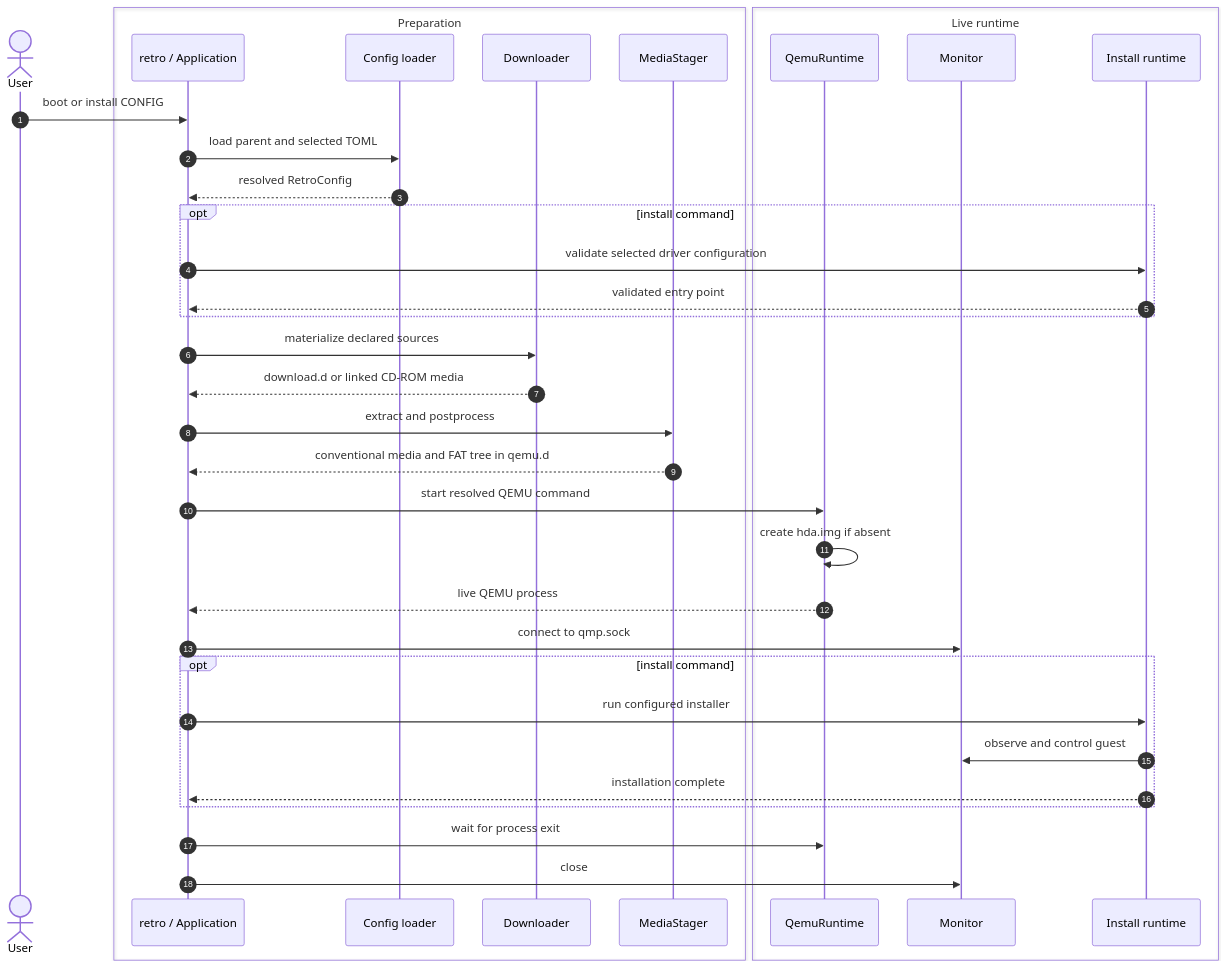
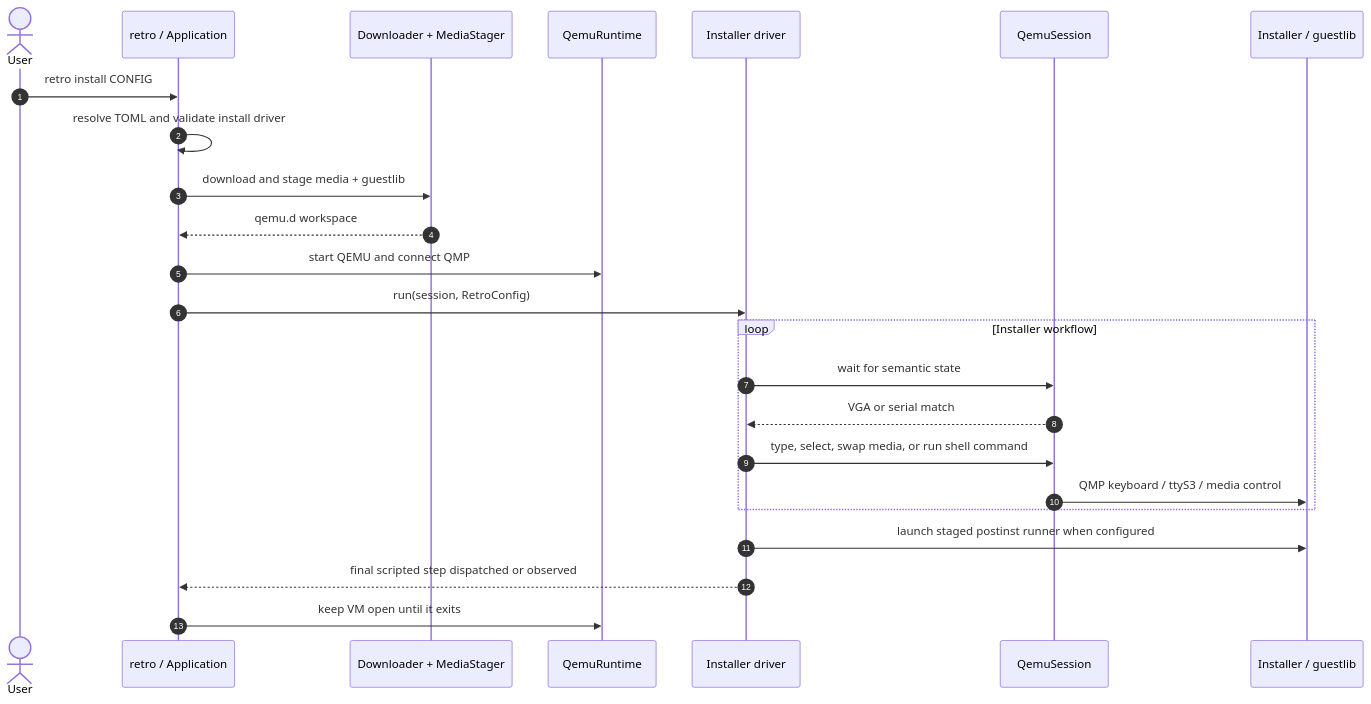
The second of 7 diagrams in ARCHITECTURE.md (jblang/retrodist), drawn with Mermaid before and after one commit. The commit also changed other lines of this file and 10 other files, not shown here.

First line of the commit message:
refactor: clarify installer architecture and host helpers

````diff
--- a/ARCHITECTURE.md
+++ b/ARCHITECTURE.md
@@ -159,40 +50,27 @@
 ```mermaid
-%%{init: {"sequence": {"diagramMarginX": 24, "actorMargin": 40, "messageMargin": 28}}}%%
 sequenceDiagram
     autonumber
     actor User
-    box Preparation
-        participant CLI as retro / Application
-        participant Config as Config loader
-        participant Download as Downloader
-        participant Stage as MediaStager
+    participant App as retro / Application
+    participant Stage as Downloader + MediaStager
+    participant VM as QemuRuntime
+    participant Driver as Installer driver
+    participant Session as QemuSession
+    participant Guest as Installer / guestlib
+
+    User->>App: retro install CONFIG
+    App->>App: resolve TOML and validate install driver
+    App->>Stage: download and stage media + guestlib
+    Stage-->>App: qemu.d workspace
+    App->>VM: start QEMU and connect QMP
+    App->>Driver: run(session, RetroConfig)
+    loop Installer workflow
+        Driver->>Session: wait for semantic state
+        Session-->>Driver: VGA or serial match
+        Driver->>Session: type, select, swap media, or run shell command
+        Session->>Guest: QMP keyboard / ttyS3 / media control
     end
-    box Live runtime
-        participant VM as QemuRuntime
-        participant QMP as Monitor
-        participant Install as Install runtime
-    end
-
-    User->>CLI: boot or install CONFIG
-    CLI->>Config: load parent and selected TOML
-    Config-->>CLI: resolved RetroConfig
-    opt install command
-        CLI->>Install: validate selected driver configuration
-        Install-->>CLI: validated entry point
-    end
-    CLI->>Download: materialize declared sources
-    Download-->>CLI: download.d or linked CD-ROM media
-    CLI->>Stage: extract and postprocess
-    Stage-->>CLI: conventional media and FAT tree in qemu.d
-    CLI->>VM: start resolved QEMU command
-    VM->>VM: create hda.img if absent
-    VM-->>CLI: live QEMU process
-    CLI->>QMP: connect to qmp.sock
-    opt install command
-        CLI->>Install: run configured installer
-        Install->>QMP: observe and control guest
-        Install-->>CLI: installation complete
-    end
-    CLI->>VM: wait for process exit
-    CLI->>QMP: close
+    Driver->>Guest: launch staged postinst runner when configured
+    Driver-->>App: final scripted step dispatched or observed
+    App->>VM: keep VM open until it exits
 ```
````
